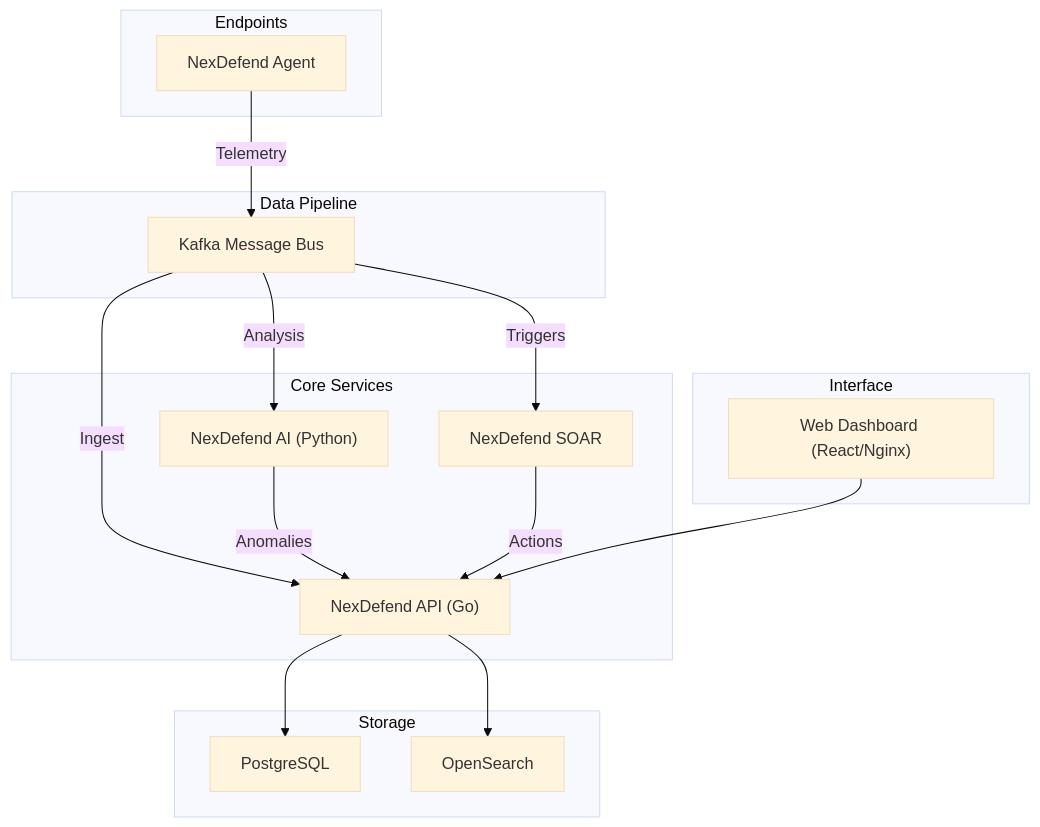
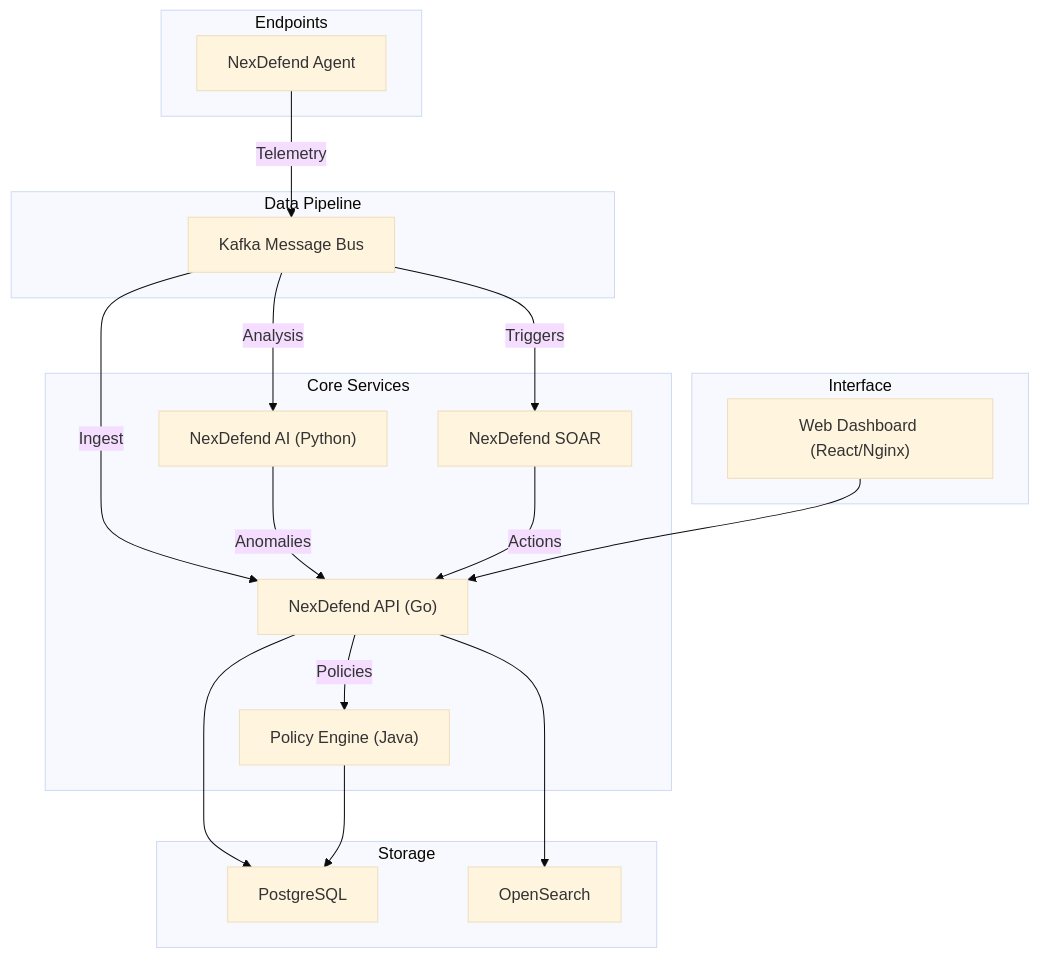
One commit to thrive-spectrexq/NexDefend changed the diagram in README.md. Above: the diagram before and after it, drawn with Mermaid (base theme). The commit also changed other lines of this file and 10 other files, not shown here.

Commit message:
feat: expand platform with Java Policy Engine, AI Playbooks and C++ blocking

````diff
--- a/README.md
+++ b/README.md
@@ -45,37 +46,40 @@
 ```mermaid
 graph TD
     subgraph Endpoints
         Agent["NexDefend Agent"]
     end
 
     subgraph "Data Pipeline"
         Kafka["Kafka Message Bus"]
     end
 
     subgraph "Core Services"
         API["NexDefend API (Go)"]
         AI["NexDefend AI (Python)"]
+        Policy["Policy Engine (Java)"]
         SOAR["NexDefend SOAR"]
     end
 
     subgraph "Storage"
         DB["PostgreSQL"]
         Search["OpenSearch"]
     end
 
     subgraph "Interface"
         Web["Web Dashboard (React/Nginx)"]
     end
 
     Agent -->|Telemetry| Kafka
     Kafka -->|Ingest| API
     Kafka -->|Analysis| AI
     Kafka -->|Triggers| SOAR
 
     API --> DB
     API --> Search
+    API -->|Policies| Policy
     AI -->|Anomalies| API
     SOAR -->|Actions| API
+    Policy --> DB
 
     Web --> API
 ```
````
